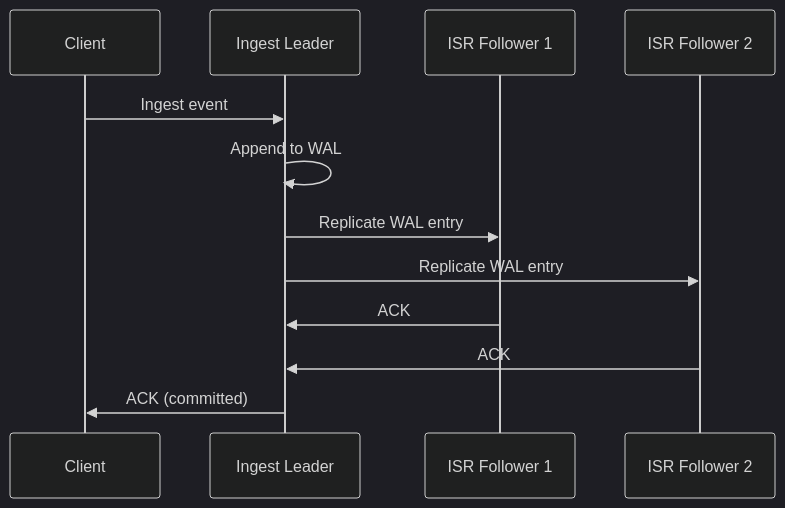
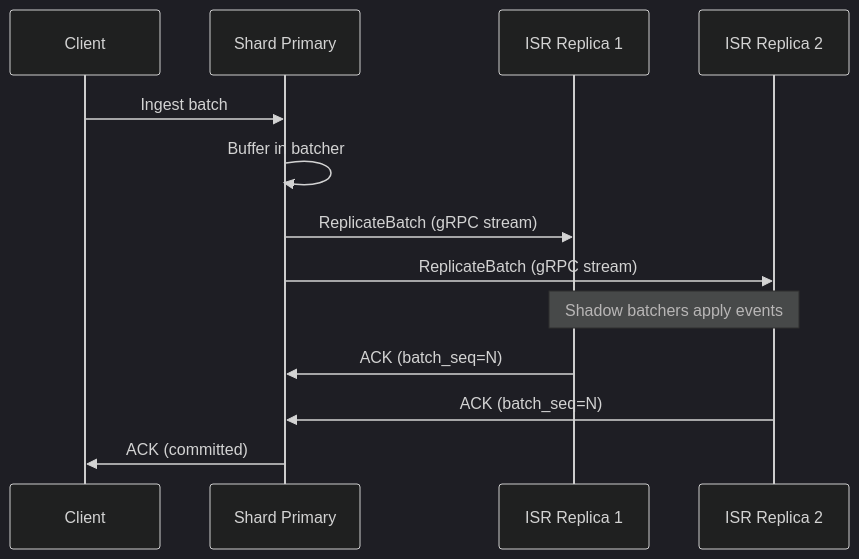
Before and after one commit to lynxbase/lynxdb: the second of 2 diagrams in docs/site/docs/architecture/distributed.md, drawn with Mermaid (dark theme). The commit also changed other lines of this file and 74 other files, not shown here.

````diff
--- a/docs/site/docs/architecture/distributed.md
+++ b/docs/site/docs/architecture/distributed.md
@@ -121,15 +154,16 @@
 ```mermaid
 sequenceDiagram
     participant Client
-    participant Leader as Ingest Leader
-    participant Follower1 as ISR Follower 1
-    participant Follower2 as ISR Follower 2
+    participant Primary as Shard Primary
+    participant Replica1 as ISR Replica 1
+    participant Replica2 as ISR Replica 2
 
-    Client->>Leader: Ingest event
-    Leader->>Leader: Append to WAL
-    Leader->>Follower1: Replicate WAL entry
-    Leader->>Follower2: Replicate WAL entry
-    Follower1->>Leader: ACK
-    Follower2->>Leader: ACK
-    Leader->>Client: ACK (committed)
+    Client->>Primary: Ingest batch
+    Primary->>Primary: Buffer in batcher
+    Primary->>Replica1: ReplicateBatch (gRPC stream)
+    Primary->>Replica2: ReplicateBatch (gRPC stream)
+    Note over Replica1,Replica2: Shadow batchers apply events
+    Replica1->>Primary: ACK (batch_seq=N)
+    Replica2->>Primary: ACK (batch_seq=N)
+    Primary->>Client: ACK (committed)
 ```
````
